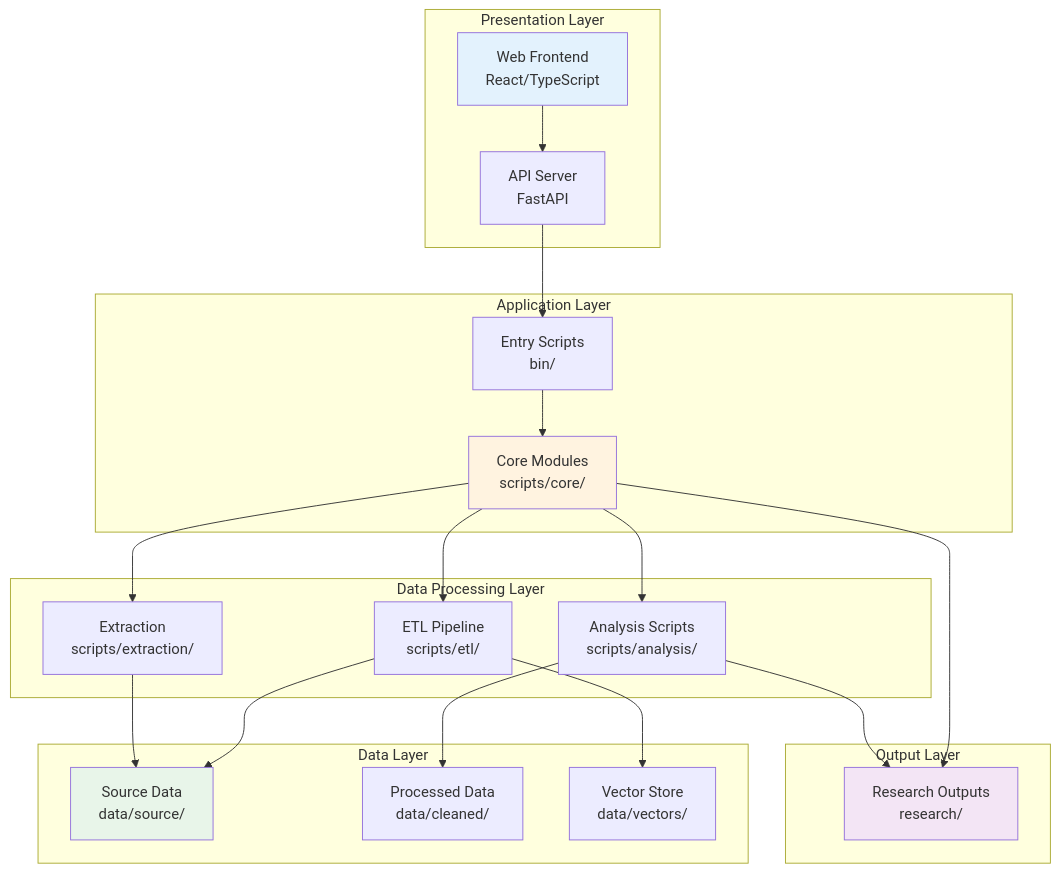
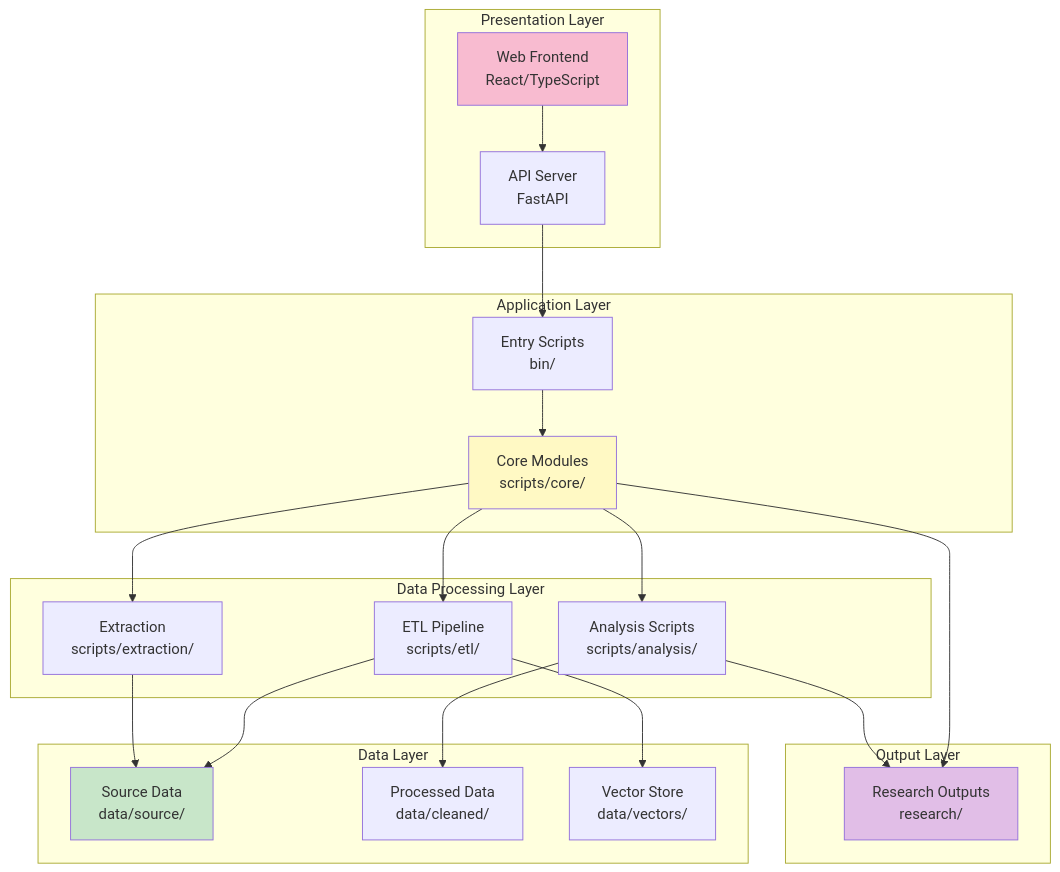
The sixth of 6 diagrams in docs/DIAGRAMS.md (1digitaldesign/kettler-data-analysis), drawn with Mermaid before and after one commit. The commit also changed other lines of this file and 16 other files, not shown here.

First line of the commit message:
Refactor all diagrams with pastel color scheme and add new diagrams

````diff
--- a/docs/DIAGRAMS.md
+++ b/docs/DIAGRAMS.md
@@ -199,46 +199,46 @@
 ```mermaid
 graph TB
     subgraph "Presentation Layer"
         WEB[Web Frontend<br/>React/TypeScript]
         API[API Server<br/>FastAPI]
     end
 
     subgraph "Application Layer"
         BIN[Entry Scripts<br/>bin/]
         CORE[Core Modules<br/>scripts/core/]
     end
 
     subgraph "Data Processing Layer"
         ETL[ETL Pipeline<br/>scripts/etl/]
         ANALYSIS[Analysis Scripts<br/>scripts/analysis/]
         EXTRACTION[Extraction<br/>scripts/extraction/]
     end
 
     subgraph "Data Layer"
         SOURCE[Source Data<br/>data/source/]
         PROCESSED[Processed Data<br/>data/cleaned/]
         VECTORS[Vector Store<br/>data/vectors/]
     end
 
     subgraph "Output Layer"
         RESEARCH[Research Outputs<br/>research/]
     end
 
     WEB --> API
     API --> BIN
     BIN --> CORE
     CORE --> ETL
     CORE --> ANALYSIS
     CORE --> EXTRACTION
     ETL --> SOURCE
     ANALYSIS --> PROCESSED
     EXTRACTION --> SOURCE
     ETL --> VECTORS
     CORE --> RESEARCH
     ANALYSIS --> RESEARCH
 
-    style WEB fill:#e3f2fd
-    style CORE fill:#fff3e0
-    style SOURCE fill:#e8f5e9
-    style RESEARCH fill:#f3e5f5
+    style WEB fill:#F8BBD0
+    style CORE fill:#FFF9C4
+    style SOURCE fill:#C8E6C9
+    style RESEARCH fill:#E1BEE7
 ```
````
